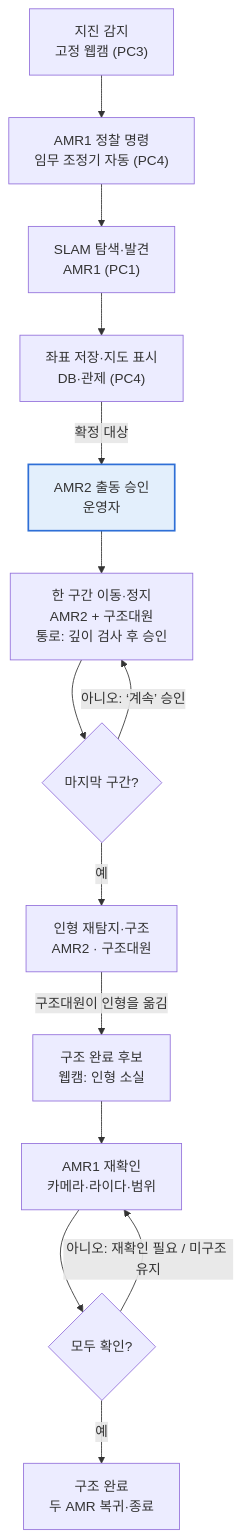
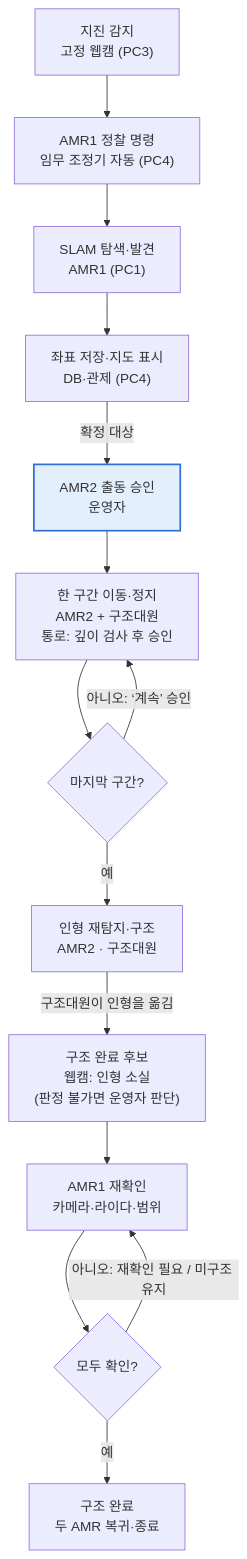
One commit to mi1nn/ROKEY-7-public changed the diagram in docs/requirements/brd-v0.2.md. Above: the diagram before and after it, drawn with Mermaid. The commit also changed other lines of this file and 3 other files, not shown here.

````diff
--- a/docs/requirements/brd-v0.2.md
+++ b/docs/requirements/brd-v0.2.md
@@ -44,18 +44,18 @@
 ```mermaid
 flowchart TD
   A["지진 감지<br/>고정 웹캠 (PC3)"] --> B["AMR1 정찰 명령<br/>임무 조정기 자동 (PC4)"]
   B --> C["SLAM 탐색·발견<br/>AMR1 (PC1)"]
   C --> D["좌표 저장·지도 표시<br/>DB·관제 (PC4)"]
   D -- "확정 대상" --> E["AMR2 출동 승인<br/>운영자"]
   E --> F["한 구간 이동·정지<br/>AMR2 + 구조대원<br/>통로: 깊이 검사 후 승인"]
   F --> G{"마지막 구간?"}
   G -- "아니오: ‘계속’ 승인" --> F
   G -- "예" --> H["인형 재탐지·구조<br/>AMR2 · 구조대원"]
-  H -- "구조대원이 인형을 옮김" --> I["구조 완료 후보<br/>웹캠: 인형 소실"]
+  H -- "구조대원이 인형을 옮김" --> I["구조 완료 후보<br/>웹캠: 인형 소실<br/>(판정 불가면 운영자 판단)"]
   I --> J["AMR1 재확인<br/>카메라·라이다·범위"]
   J --> K{"모두 확인?"}
   K -- "아니오: 재확인 필요 / 미구조 유지" --> J
   K -- "예" --> L["구조 완료<br/>두 AMR 복귀·종료"]
   classDef approve fill:#e3effc,stroke:#2f6fd6,stroke-width:2px
   class E approve
 ```
````
